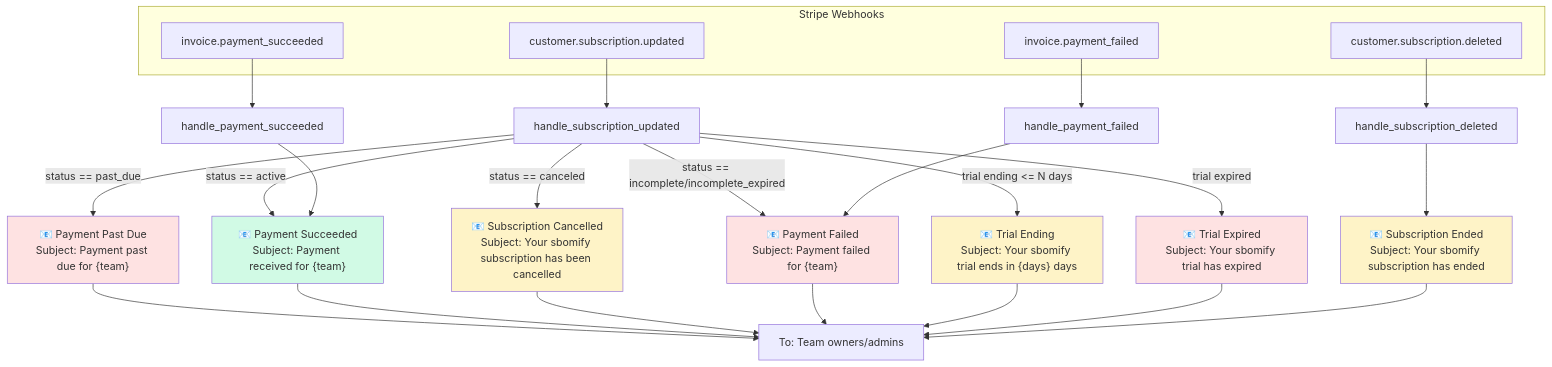
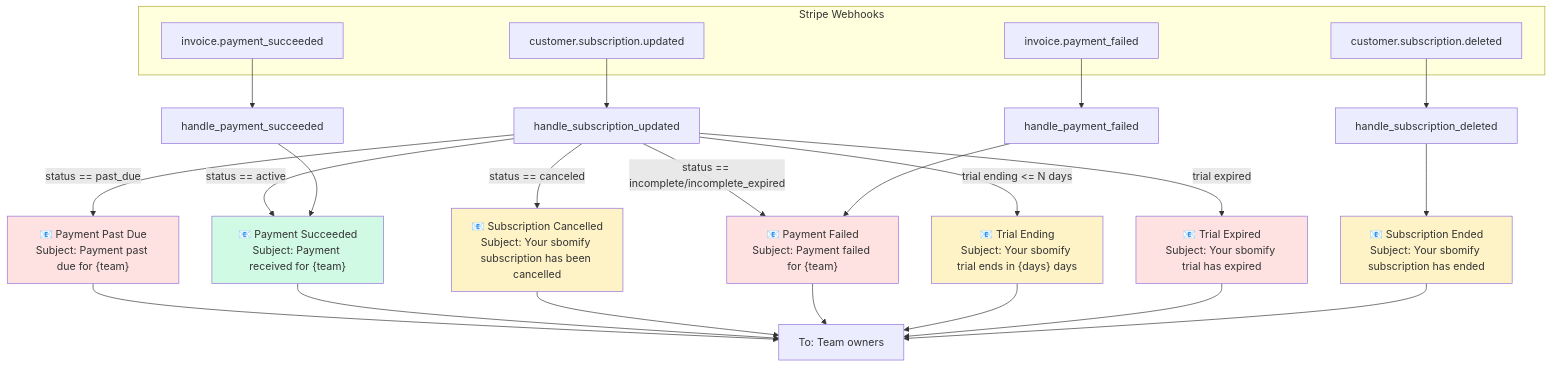
The first of 7 diagrams in docs/email-triggers.md (sbomify/sbomify), drawn with Mermaid before and after one commit. The commit also changed other lines of this file, not shown here.

````diff
--- a/docs/email-triggers.md
+++ b/docs/email-triggers.md
@@ -23,42 +24,42 @@
 ```mermaid
 flowchart TD
     subgraph Stripe Webhooks
         W1[customer.subscription.updated]
         W2[customer.subscription.deleted]
         W3[invoice.payment_failed]
         W4[invoice.payment_succeeded]
     end
 
     W1 --> HSU[handle_subscription_updated]
     W2 --> HSD[handle_subscription_deleted]
     W3 --> HPF[handle_payment_failed]
     W4 --> HPS[handle_payment_succeeded]
 
     HSU --> |"status == past_due"| E1["📧 Payment Past Due\nSubject: Payment past due for {team}"]
     HSU --> |"status == active"| E2["📧 Payment Succeeded\nSubject: Payment received for {team}"]
     HSU --> |"status == canceled"| E3["📧 Subscription Cancelled\nSubject: Your sbomify subscription has been cancelled"]
     HSU --> |"status == incomplete/incomplete_expired"| E4["📧 Payment Failed\nSubject: Payment failed for {team}"]
     HSU --> |"trial ending <= N days"| E5["📧 Trial Ending\nSubject: Your sbomify trial ends in {days} days"]
     HSU --> |"trial expired"| E6["📧 Trial Expired\nSubject: Your sbomify trial has expired"]
 
     HSD --> E7["📧 Subscription Ended\nSubject: Your sbomify subscription has ended"]
 
     HPF --> E4
     HPS --> E2
 
-    E1 --> R1[To: Team owners/admins]
+    E1 --> R1[To: Team owners]
     E2 --> R1
     E3 --> R1
     E4 --> R1
     E5 --> R1
     E6 --> R1
     E7 --> R1
 
     style E1 fill:#fee2e2
     style E2 fill:#d1fae5
     style E3 fill:#fef3c7
     style E4 fill:#fee2e2
     style E5 fill:#fef3c7
     style E6 fill:#fee2e2
     style E7 fill:#fef3c7
 ```
````
